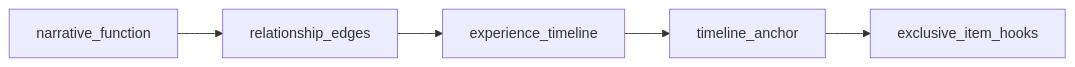
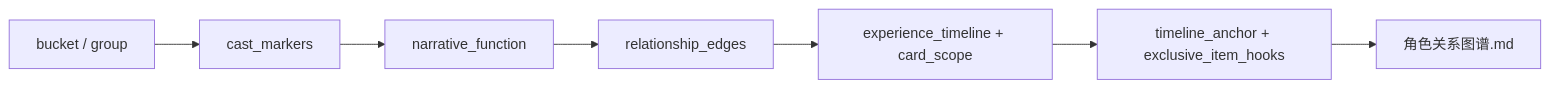
The third of 3 diagrams in .agents/skills/story/1-Cards/角色卡/SKILL.md (ZEN-VOID/AI-CUT), drawn with Mermaid before and after one commit. The commit also changed other lines of this file and 291 other files, not shown here.

````diff
--- a/.agents/skills/story/1-Cards/角色卡/SKILL.md
+++ b/.agents/skills/story/1-Cards/角色卡/SKILL.md
@@ -64,7 +79,9 @@
 ```mermaid
 flowchart LR
-    A["narrative_function"] --> B["relationship_edges"]
-    B --> C["experience_timeline"]
-    C --> D["timeline_anchor"]
-    D --> E["exclusive_item_hooks"]
+    A["bucket / group"] --> B["cast_markers"]
+    B --> C["narrative_function"]
+    C --> D["relationship_edges"]
+    D --> E["experience_timeline + card_scope"]
+    E --> F["timeline_anchor + exclusive_item_hooks"]
+    F --> G["角色关系图谱.md"]
 ```
````
